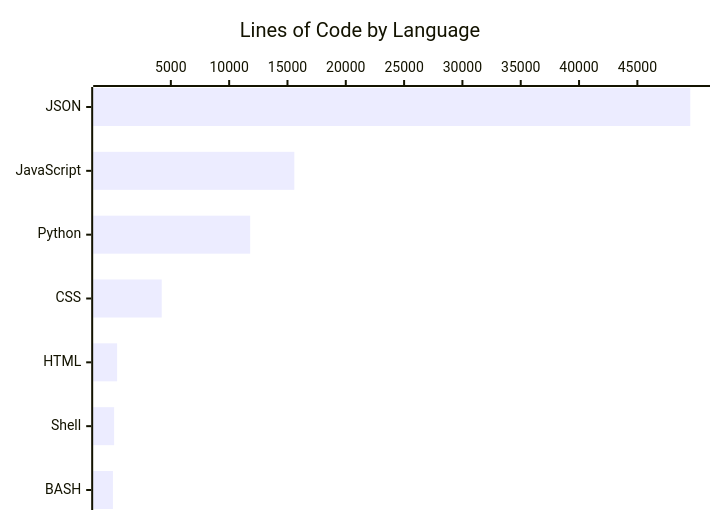
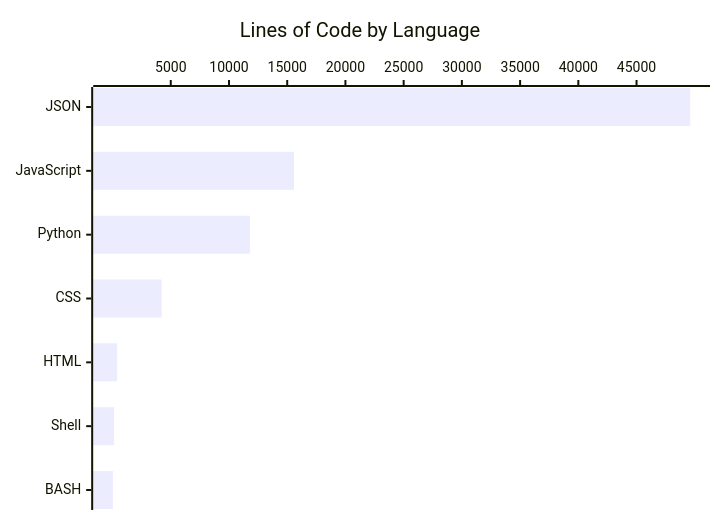
One commit to ibenian/algebench changed the diagram in LOC-REPORT.md. Above: the diagram before and after it, drawn with Mermaid. The commit also changed other lines of this file, not shown here.

````diff
--- a/LOC-REPORT.md
+++ b/LOC-REPORT.md
@@ -16,6 +16,6 @@
 ```mermaid
 xychart-beta horizontal
   title "Lines of Code by Language"
   x-axis ["JSON", "JavaScript", "Python", "CSS", "HTML", "Shell", "BASH"]
-  bar [49536, 15585, 11800, 4219, 395, 137, 33]
+  bar [49613, 15585, 11800, 4219, 395, 137, 33]
 ```
````
